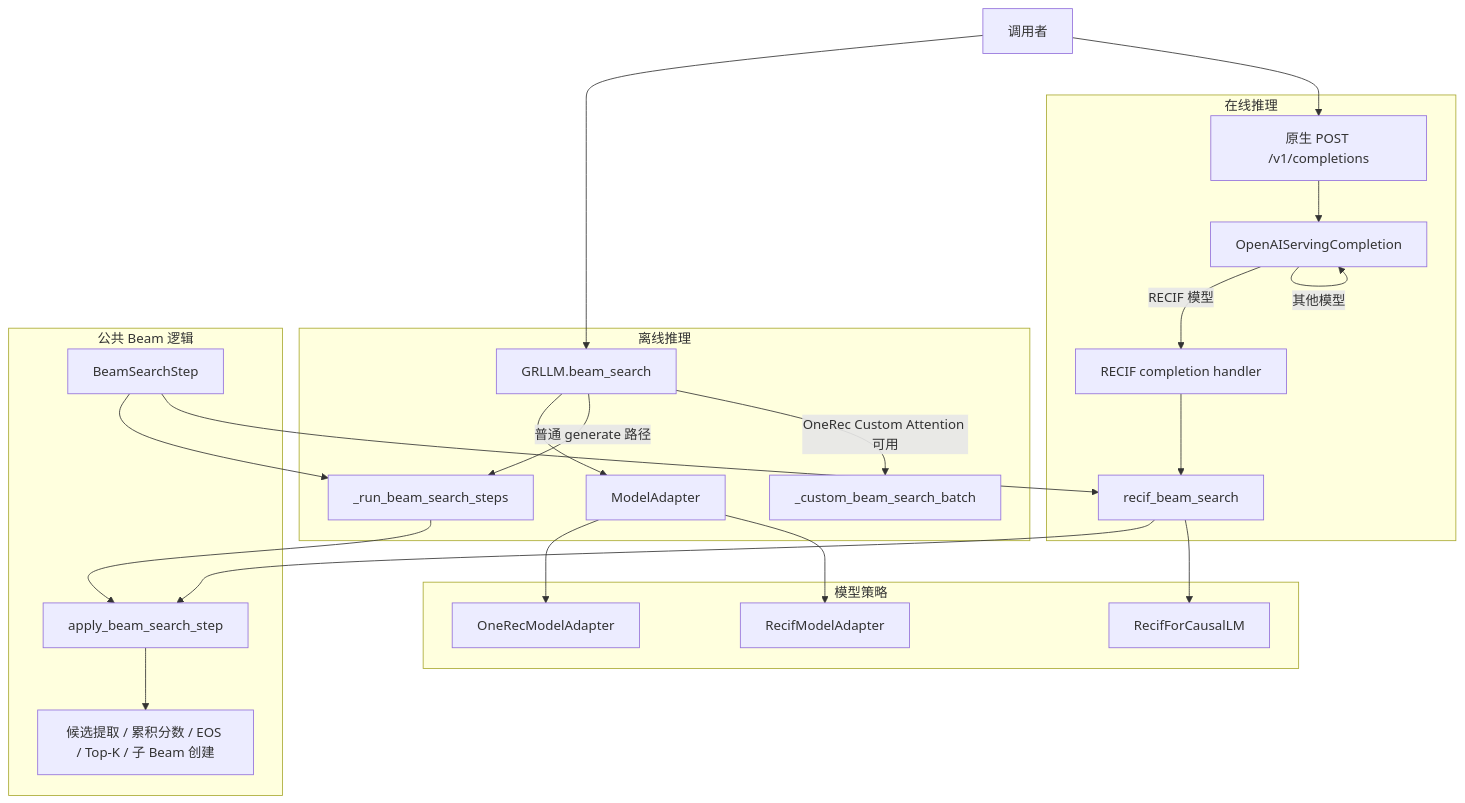
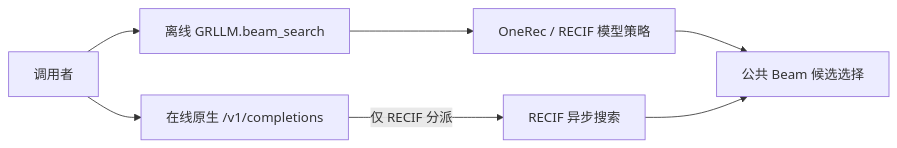
The first of 8 diagrams in PR说明文档.md (ZhiYunpenghuawei/p1), drawn with Mermaid before and after one commit. The commit also changed other lines of this file, not shown here.

````diff
--- a/PR说明文档.md
+++ b/PR说明文档.md
@@ -26,49 +26,16 @@
 ```mermaid
-flowchart TB
-    User[调用者]
+flowchart LR
+    Caller[调用者]
+    Offline[离线 GRLLM.beam_search]
+    Online[在线原生 /v1/completions]
+    Adapter[OneRec / RECIF 模型策略]
+    RecifOnline[RECIF 异步搜索]
+    Shared[公共 Beam 候选选择]
 
-    subgraph Offline[离线推理]
-        GRLLM[GRLLM.beam_search]
-        Adapter[ModelAdapter]
-        SharedLoop[_run_beam_search_steps]
-        CustomLoop[_custom_beam_search_batch]
-    end
-
-    subgraph Online[在线推理]
-        API[原生 POST /v1/completions]
-        NativeHandler[OpenAIServingCompletion]
-        RecifDispatch[RECIF completion handler]
-        AsyncLoop[recif_beam_search]
-    end
-
-    subgraph Shared[公共 Beam 逻辑]
-        StepConfig[BeamSearchStep]
-        Transition[apply_beam_search_step]
-        Decisions[候选提取 / 累积分数 / EOS / Top-K / 子 Beam 创建]
-    end
-
-    subgraph Models[模型策略]
-        OneRec[OneRecModelAdapter]
-        Recif[RecifModelAdapter]
-        RecifModel[RecifForCausalLM]
-    end
-
-    User --> GRLLM
-    User --> API
-    GRLLM --> Adapter
-    Adapter --> OneRec
-    Adapter --> Recif
-    GRLLM -->|普通 generate 路径| SharedLoop
-    GRLLM -->|OneRec Custom Attention 可用| CustomLoop
-    SharedLoop --> Transition
-    Transition --> Decisions
-    StepConfig --> SharedLoop
-    StepConfig --> AsyncLoop
-
-    API --> NativeHandler
-    NativeHandler -->|RECIF 模型| RecifDispatch
-    NativeHandler -->|其他模型| NativeHandler
-    RecifDispatch --> AsyncLoop
-    AsyncLoop --> Transition
-    AsyncLoop --> RecifModel
+    Caller --> Offline
+    Caller --> Online
+    Offline --> Adapter
+    Adapter --> Shared
+    Online -->|仅 RECIF 分派| RecifOnline
+    RecifOnline --> Shared
 ```
````
